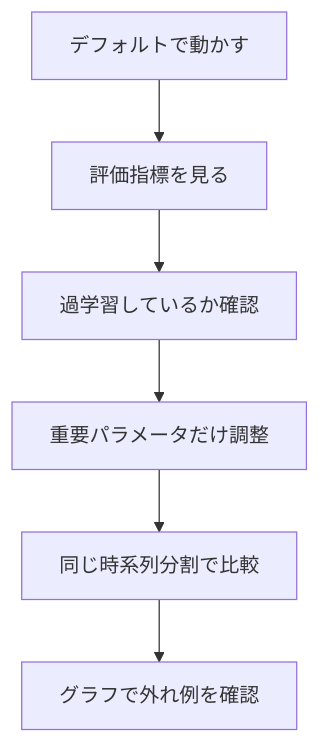
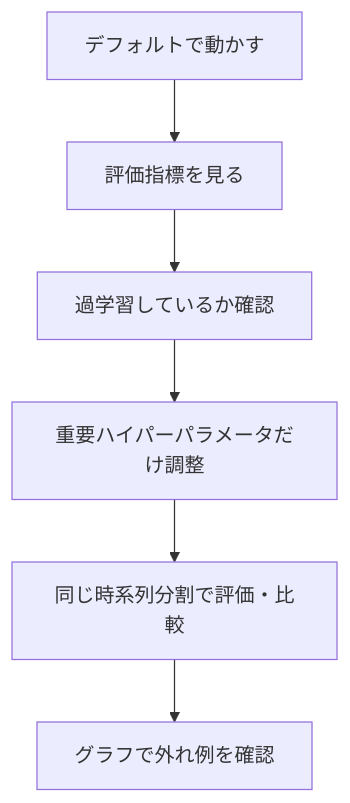
One commit to mgmaru/collectible-prediction-sandbox changed diagram 12 of 12 in docs/data-science/model_types_for_classification.md. Above: the diagram before and after it, drawn with Mermaid. The commit also changed other lines of this file, not shown here.

````diff
--- a/docs/data-science/model_types_for_classification.md
+++ b/docs/data-science/model_types_for_classification.md
@@ -1240,8 +1375,8 @@
 ```mermaid
 flowchart TD
     A["デフォルトで動かす"] --> B["評価指標を見る"]
     B --> C["過学習しているか確認"]
-    C --> D["重要パラメータだけ調整"]
-    D --> E["同じ時系列分割で比較"]
+    C --> D["重要ハイパーパラメータだけ調整"]
+    D --> E["同じ時系列分割で評価・比較"]
     E --> F["グラフで外れ例を確認"]
 ```
````
